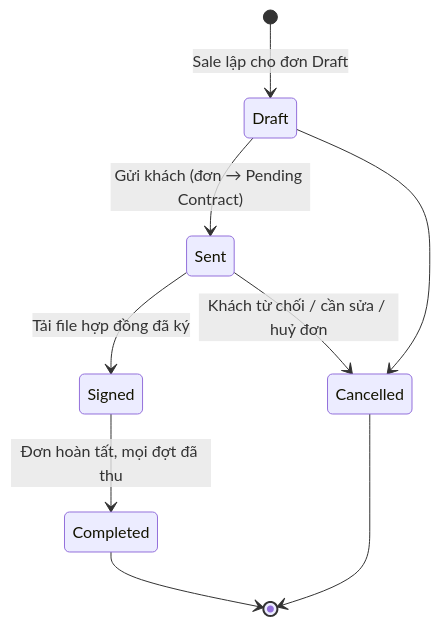
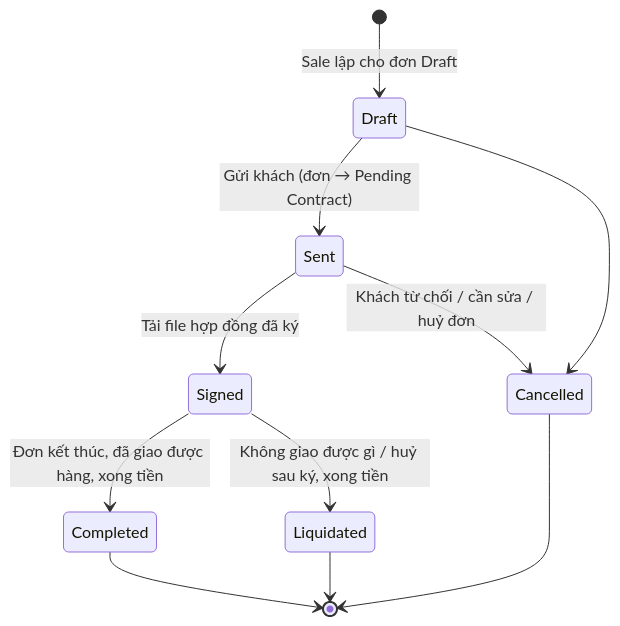
One commit to KLTN-FA26/docs changed the second of 3 diagrams in docs/ecommerce/14-cart-and-order/README.md. Above: the diagram before and after it, drawn with Mermaid. The commit also changed other lines of this file and 13 other files, not shown here.

````diff
--- a/docs/ecommerce/14-cart-and-order/README.md
+++ b/docs/ecommerce/14-cart-and-order/README.md
@@ -231,11 +238,13 @@
 ```mermaid
 stateDiagram-v2
     [*] --> Draft: Sale lập cho đơn Draft
     Draft --> Sent: Gửi khách (đơn → Pending Contract)
     Sent --> Signed: Tải file hợp đồng đã ký
-    Signed --> Completed: Đơn hoàn tất, mọi đợt đã thu
+    Signed --> Completed: Đơn kết thúc, đã giao được hàng, xong tiền
+    Signed --> Liquidated: Không giao được gì / huỷ sau ký, xong tiền
     Draft --> Cancelled
     Sent --> Cancelled: Khách từ chối / cần sửa / huỷ đơn
     Completed --> [*]
+    Liquidated --> [*]
     Cancelled --> [*]
 ```
````
